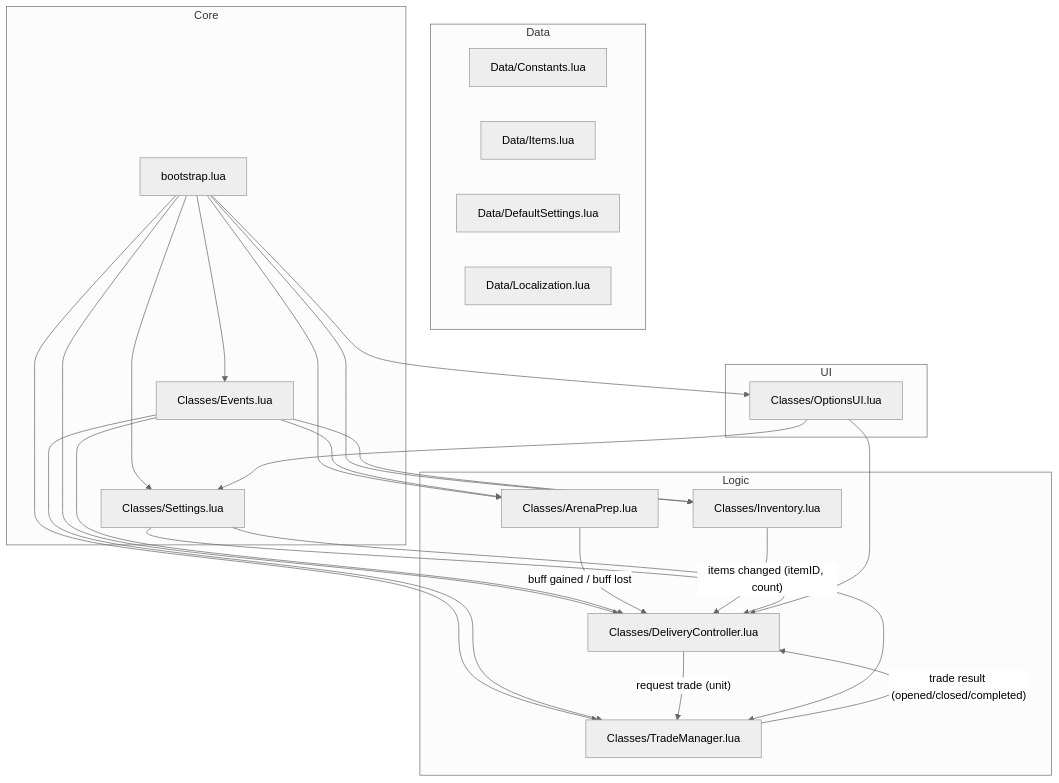
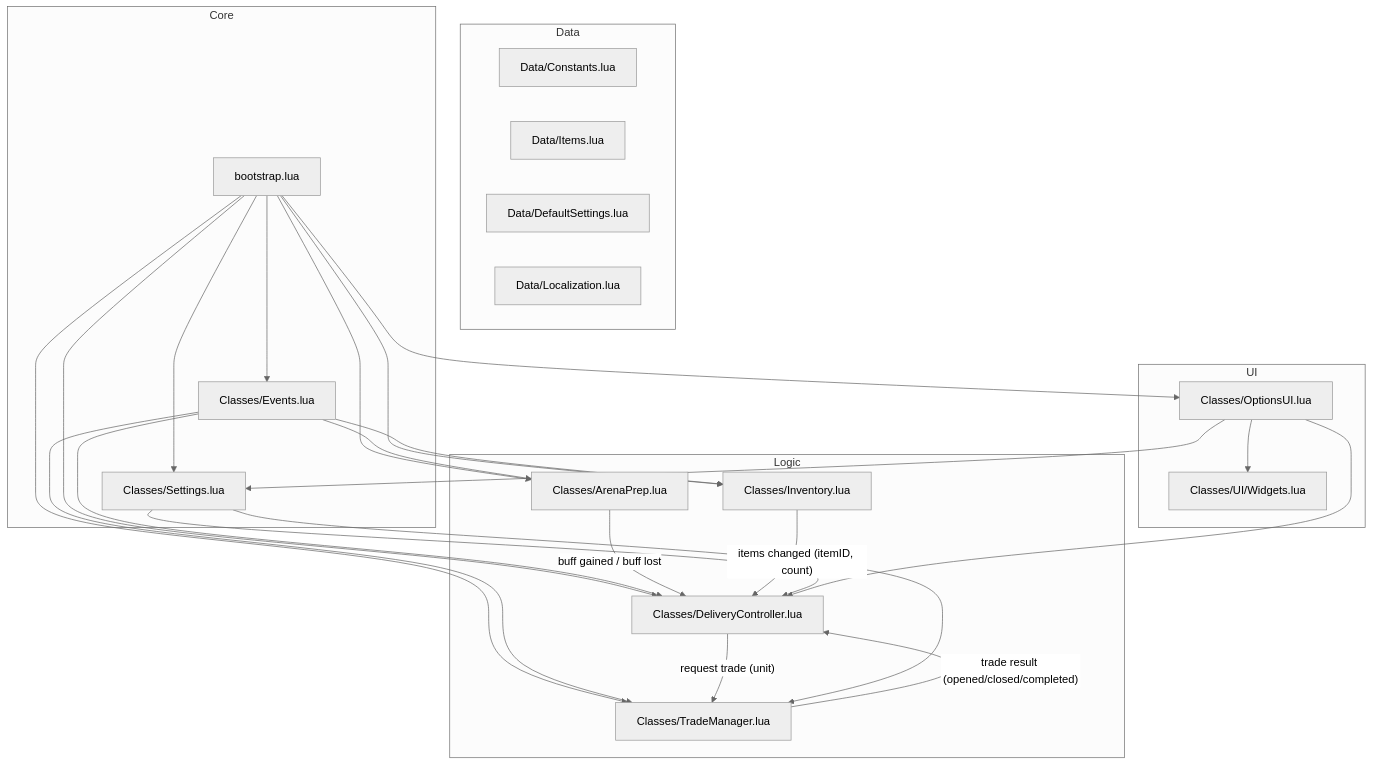
Before and after one commit to CoffeeNova/ArenaChillPrep: the first of 3 diagrams in .ai/ARCHITECTURE.md, drawn with Mermaid (neutral theme). The commit also changed other lines of this file and 13 other files, not shown here.

````diff
--- a/.ai/ARCHITECTURE.md
+++ b/.ai/ARCHITECTURE.md
@@ -20,49 +20,51 @@
 ```mermaid
 graph TD
     subgraph Data
         C[Data/Constants.lua]
         I[Data/Items.lua]
         D[Data/DefaultSettings.lua]
         L[Data/Localization.lua]
     end
 
     subgraph Core
         B[bootstrap.lua]
         E[Classes/Events.lua]
         S[Classes/Settings.lua]
     end
 
     subgraph Logic
         AP[Classes/ArenaPrep.lua]
         INV[Classes/Inventory.lua]
         DC[Classes/DeliveryController.lua]
         TM[Classes/TradeManager.lua]
     end
 
     subgraph UI
         O[Classes/OptionsUI.lua]
+        W[Classes/UI/Widgets.lua]
     end
 
     B --> E
     B --> S
     B --> AP
     B --> INV
     B --> DC
     B --> TM
     B --> O
+    O --> W
 
     E --> AP
     E --> INV
     E --> DC
     E --> TM
 
     AP -- "buff gained / buff lost" --> DC
     INV -- "items changed (itemID, count)" --> DC
     DC -- "request trade (unit)" --> TM
     TM -- "trade result (opened/closed/completed)" --> DC
 
     S --> DC
     S --> TM
     O --> S
     O --> DC
 ```
````
